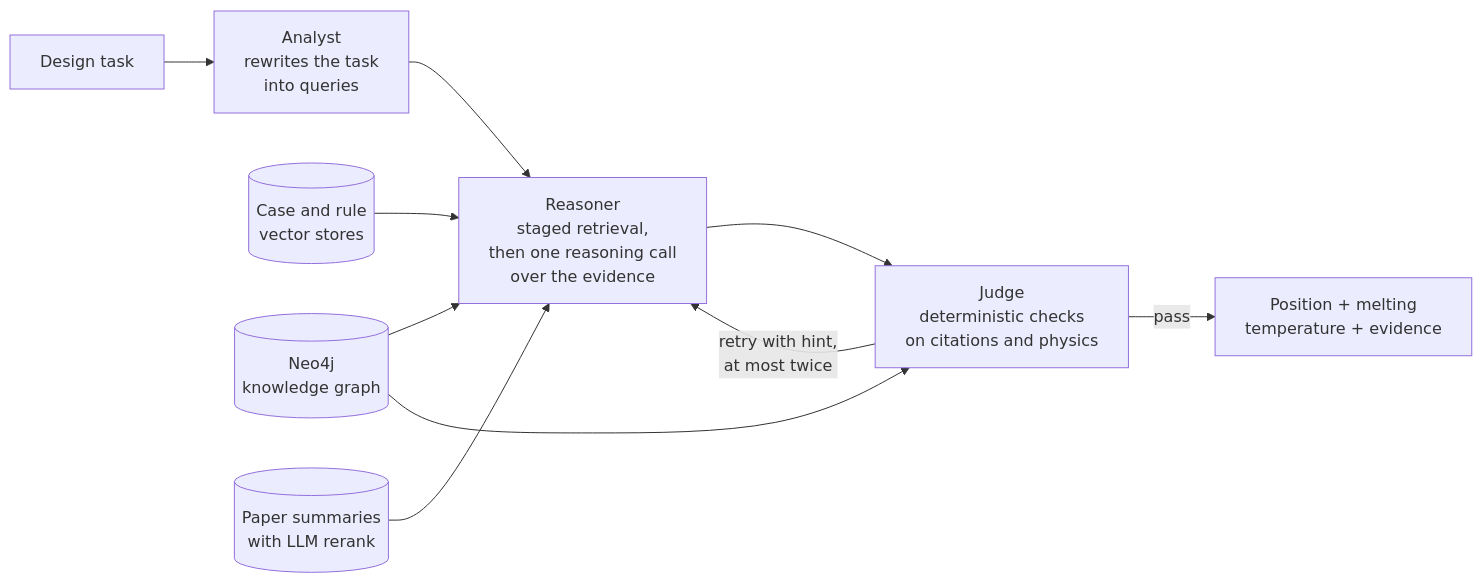
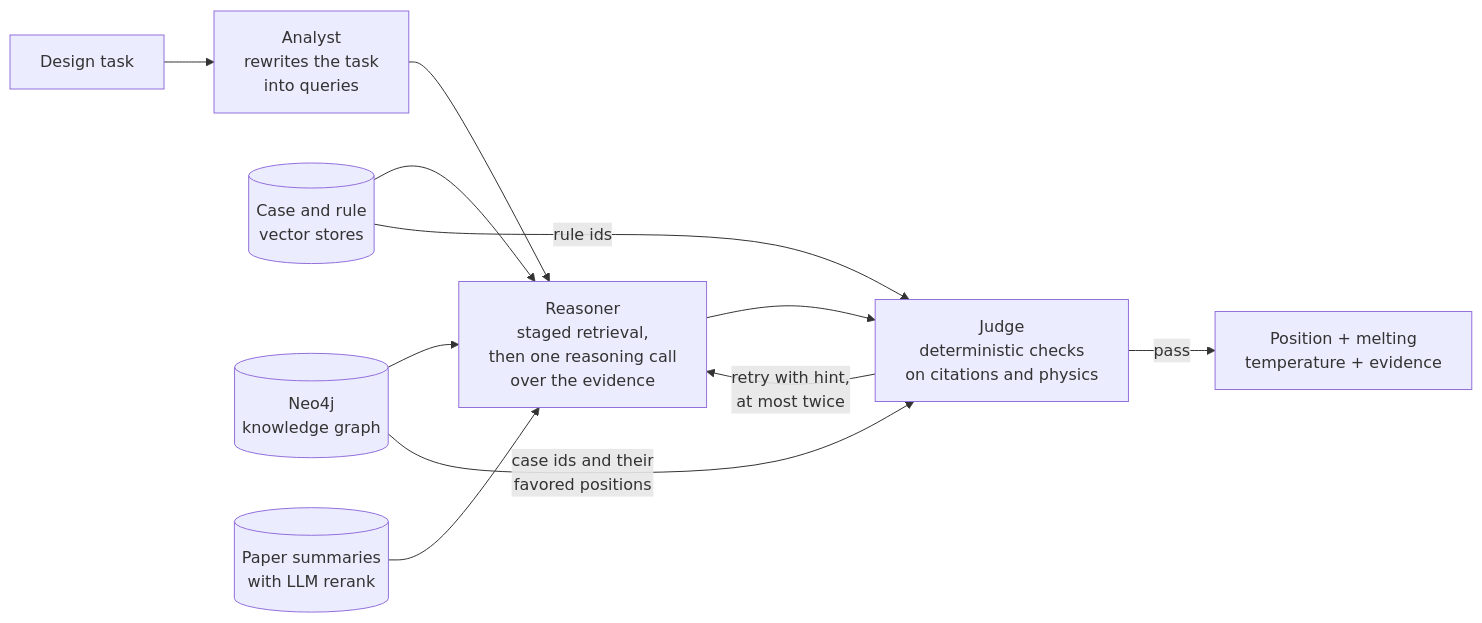
One commit to Te22y/BM-RAG changed the diagram in README.md. Above: the diagram before and after it, drawn with Mermaid. The commit also changed other lines of this file, not shown here.

Commit message:
docs: show which stores the Judge reads in the README diagram
Add the rule store -> Judge edge, label both Judge data edges, and say
what the Judge checks and that ids without a "case"/"rule" prefix are
not checked.

````diff
--- a/README.md
+++ b/README.md
@@ -21,12 +21,13 @@
 ```mermaid
 flowchart LR
     T[Design task] --> A[Analyst<br/>rewrites the task<br/>into queries]
     A --> R[Reasoner<br/>staged retrieval,<br/>then one reasoning call<br/>over the evidence]
     R --> J[Judge<br/>deterministic checks<br/>on citations and physics]
     J -->|pass| O[Position + melting<br/>temperature + evidence]
     J -->|retry with hint,<br/>at most twice| R
     KG[(Case and rule<br/>vector stores)] --> R
+    KG -->|rule ids| J
     N[(Neo4j<br/>knowledge graph)] --> R
-    N --> J
+    N -->|case ids and their<br/>favored positions| J
     P[(Paper summaries<br/>with LLM rerank)] --> R
 ```
````
